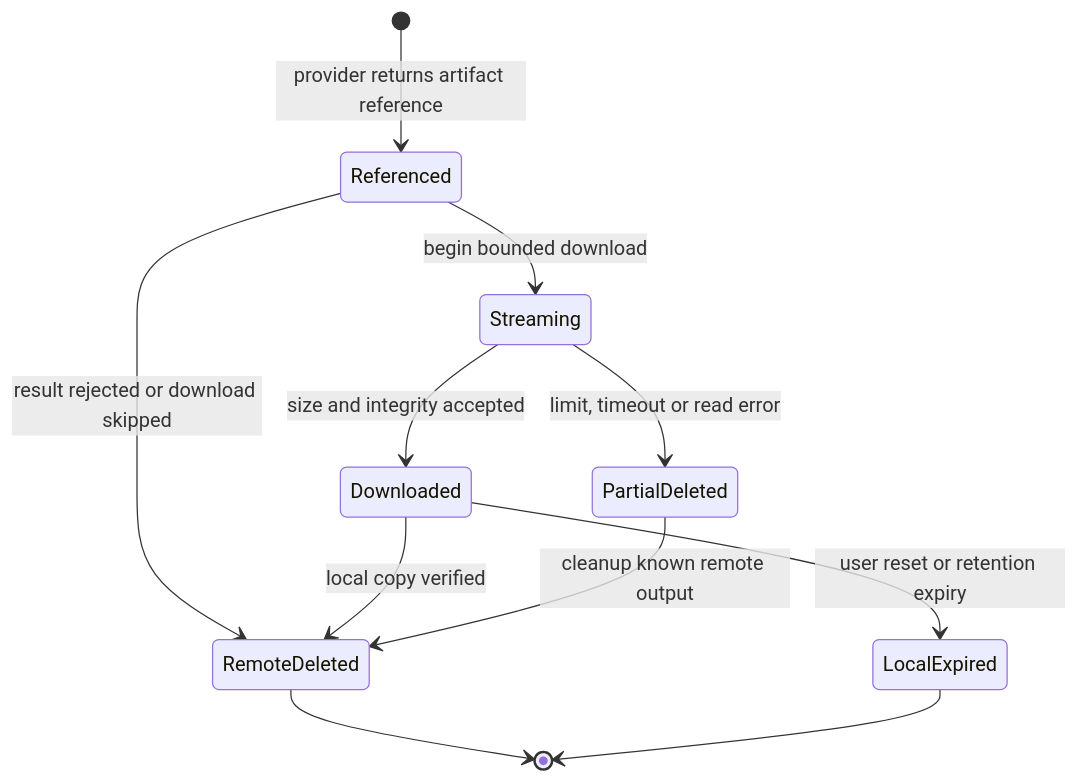
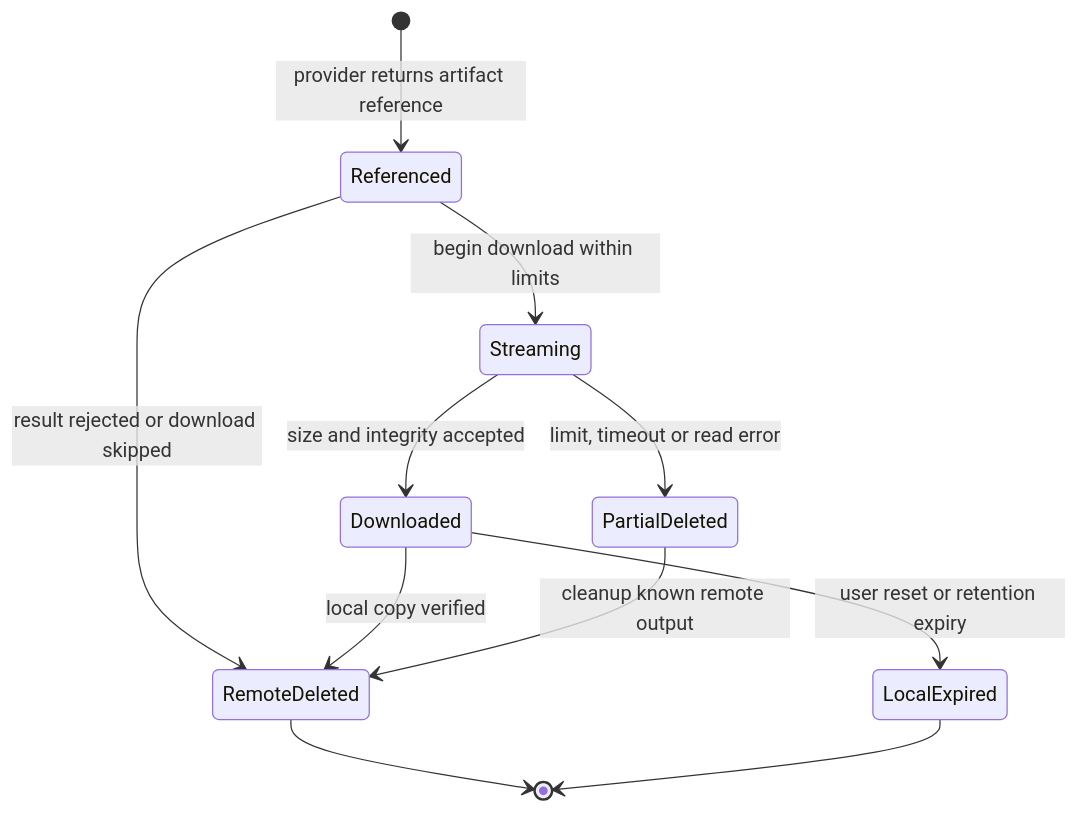
One commit to krevetka-is-afk/llm-agent-for-ai-studio changed the second of 2 diagrams in docs/architecture/file-data-lifecycle.md. Above: the diagram before and after it, drawn with Mermaid. The commit also changed other lines of this file and 22 other files, not shown here.

````diff
--- a/docs/architecture/file-data-lifecycle.md
+++ b/docs/architecture/file-data-lifecycle.md
@@ -38,13 +38,13 @@
 ```mermaid
 stateDiagram-v2
     [*] --> Referenced: provider returns artifact reference
-    Referenced --> Streaming: begin bounded download
+    Referenced --> Streaming: begin download within limits
     Streaming --> Downloaded: size and integrity accepted
     Streaming --> PartialDeleted: limit, timeout or read error
     Referenced --> RemoteDeleted: result rejected or download skipped
     Downloaded --> RemoteDeleted: local copy verified
     PartialDeleted --> RemoteDeleted: cleanup known remote output
     Downloaded --> LocalExpired: user reset or retention expiry
     RemoteDeleted --> [*]
     LocalExpired --> [*]
 ```
````
